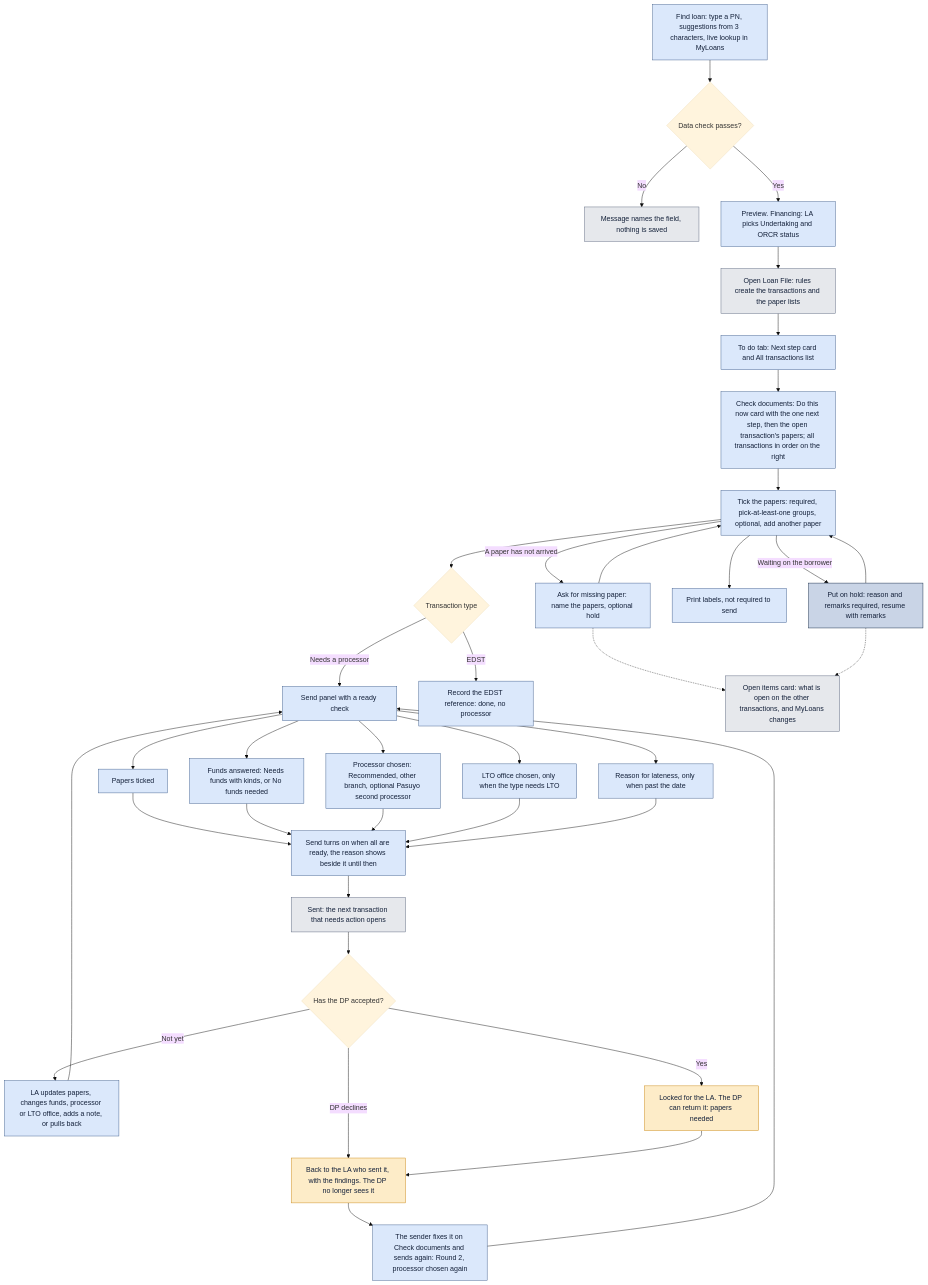
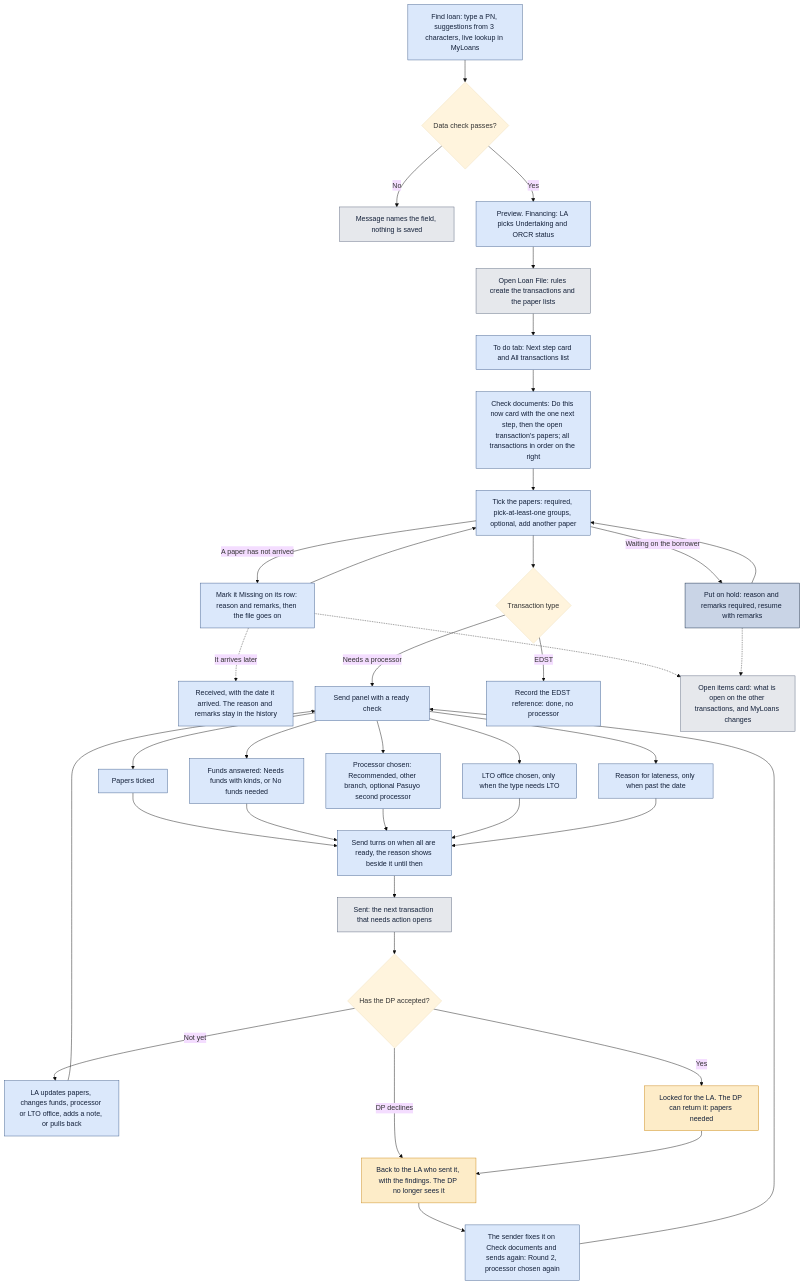
Before and after one commit to MewinDev/gdfi-dms: the diagram in docs/workflow/03-loan-associate.md, drawn with Mermaid (base theme). The commit also changed other lines of this file and 439 other files, not shown here.

````diff
--- a/docs/workflow/03-loan-associate.md
+++ b/docs/workflow/03-loan-associate.md
@@ -9,45 +9,45 @@
 ```mermaid
 flowchart TD
   A1["Find loan: type a PN, suggestions from 3 characters, live lookup in MyLoans"]:::la
   A1 --> A2{"Data check passes?"}
   A2 -->|No| A2b["Message names the field, nothing is saved"]:::sys
   A2 -->|Yes| A3["Preview. Financing: LA picks Undertaking and ORCR status"]:::la
   A3 --> A4["Open Loan File: rules create the transactions and the paper lists"]:::sys
   A4 --> A5["To do tab: Next step card and All transactions list"]:::la
   A5 --> B1["Check documents: Do this now card with the one next step, then the open transaction's papers; all transactions in order on the right"]:::la
   B1 --> B2["Tick the papers: required, pick-at-least-one groups, optional, add another paper"]:::la
-  B2 -->|"A paper has not arrived"| B3["Ask for missing paper: name the papers, optional hold"]:::la
+  B2 -->|"A paper has not arrived"| B3["Mark it Missing on its row: reason and remarks, then the file goes on"]:::la
   B3 --> B2
+  B3 -.->|"It arrives later"| B3R["Received, with the date it arrived. The reason and remarks stay in the history"]:::la
   B2 -->|"Waiting on the borrower"| B4["Put on hold: reason and remarks required, resume with remarks"]:::hold
   B4 --> B2
-  B2 --> B5["Print labels, not required to send"]:::la
   B2 --> B6{"Transaction type"}
   B6 -->|"Needs a processor"| C1["Send panel with a ready check"]:::la
   B6 -->|EDST| B7["Record the EDST reference: done, no processor"]:::la
   C1 --> C2["Papers ticked"]:::la
   C1 --> C3["Funds answered: Needs funds with kinds, or No funds needed"]:::la
   C1 --> C4["Processor chosen: Recommended, other branch, optional Pasuyo second processor"]:::la
   C1 --> C5["LTO office chosen, only when the type needs LTO"]:::la
   C1 --> C6["Reason for lateness, only when past the date"]:::la
   C2 --> C7["Send turns on when all are ready, the reason shows beside it until then"]:::la
   C3 --> C7
   C4 --> C7
   C5 --> C7
   C6 --> C7
   C7 --> C8["Sent: the next transaction that needs action opens"]:::sys
   C8 --> D1{"Has the DP accepted?"}
   D1 -->|"Not yet"| D2["LA updates papers, changes funds, processor or LTO office, adds a note, or pulls back"]:::la
   D2 --> C1
   D1 -->|Yes| D3["Locked for the LA. The DP can return it: papers needed"]:::dp
   D1 -->|"DP declines"| D4["Back to the LA who sent it, with the findings. The DP no longer sees it"]:::dp
   D3 --> D4
   D4 --> D5["The sender fixes it on Check documents and sends again: Round 2, processor chosen again"]:::la
   D5 --> C1
   O["Open items card: what is open on the other transactions, and MyLoans changes"]:::sys
   B3 -.-> O
   B4 -.-> O
   classDef la fill:#dbe8fb,stroke:#3b5a8a,color:#14213a
   classDef dp fill:#fdecc8,stroke:#c98512,color:#14213a
   classDef sys fill:#e6e8ec,stroke:#56627a,color:#14213a
   classDef hold fill:#c9d4e6,stroke:#0c2340,color:#14213a
 ```
````
